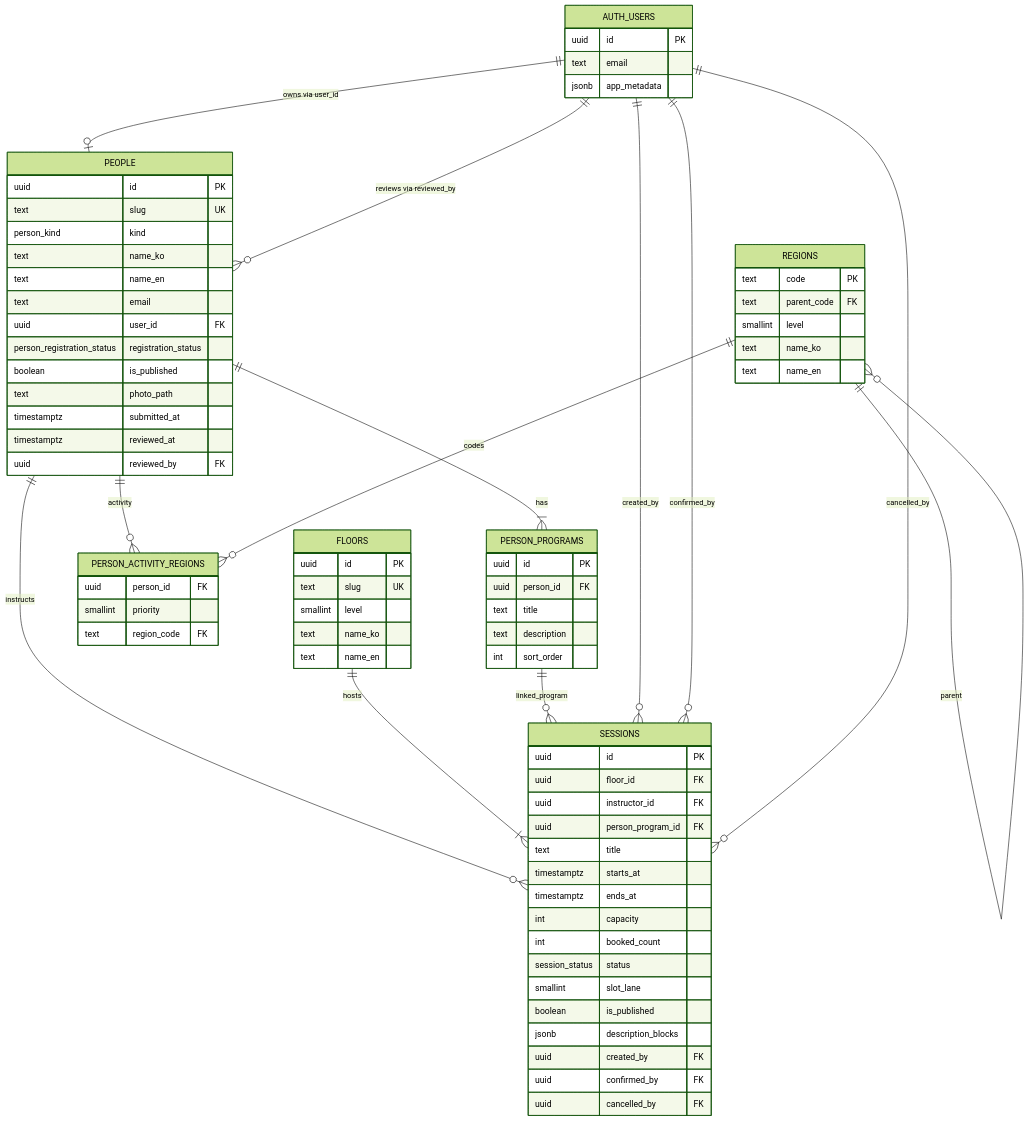
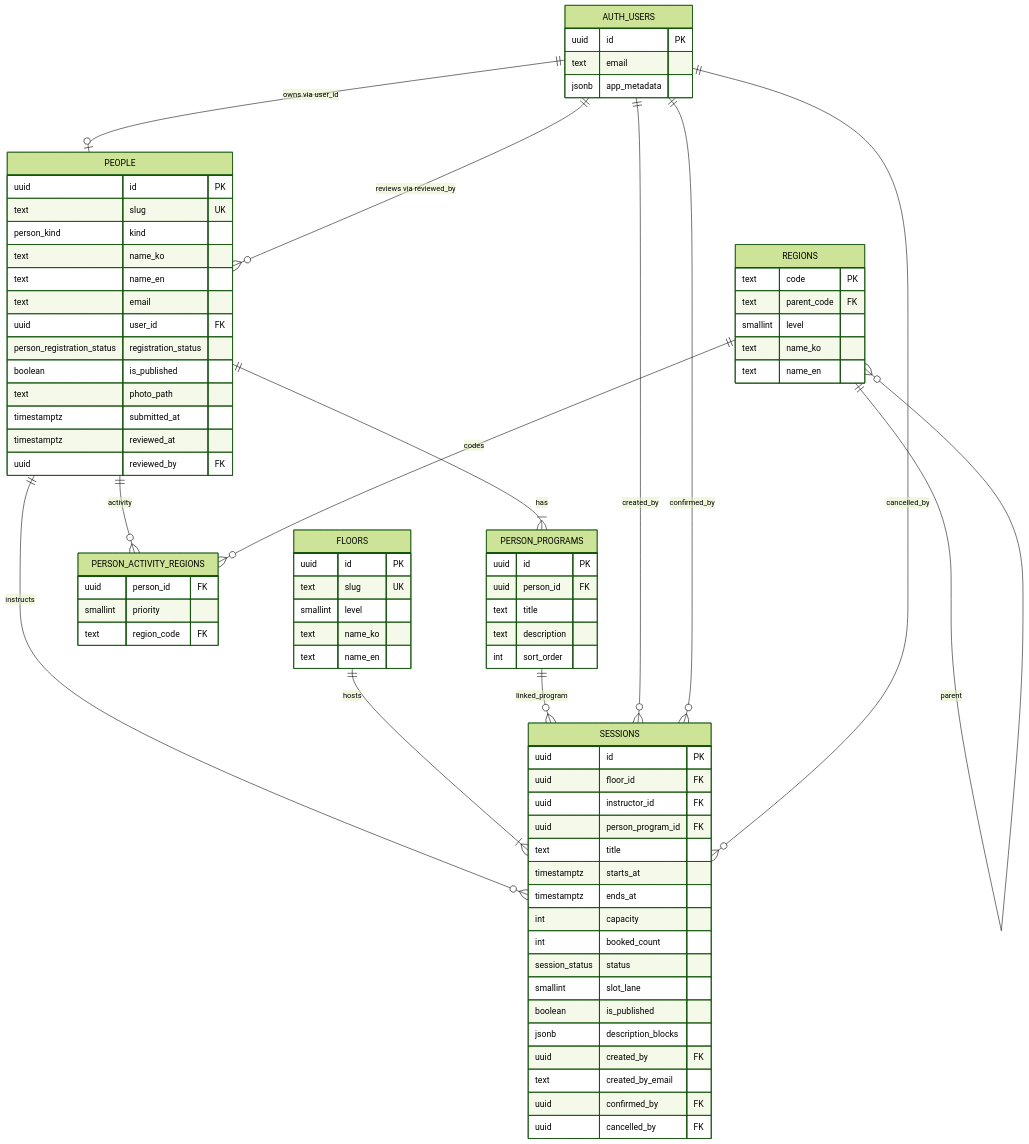
One commit to greatgiho/thewellnesskorea changed the first of 3 diagrams in docs/database-erd.md. Above: the diagram before and after it, drawn with Mermaid (forest theme). The commit also changed other lines of this file and 26 other files, not shown here.

First line of the commit message:
Refactor people persist flow and enforce strict teacher email policy.

```diff
--- a/docs/database-erd.md
+++ b/docs/database-erd.md
@@ -92,6 +92,7 @@
         boolean is_published
         jsonb description_blocks
         uuid created_by FK
+        text created_by_email
         uuid confirmed_by FK
         uuid cancelled_by FK
     }
```
